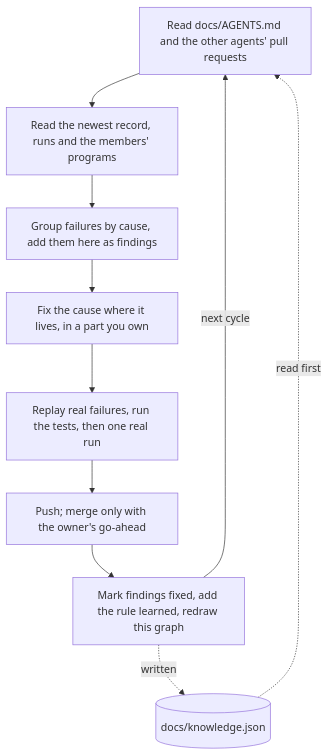
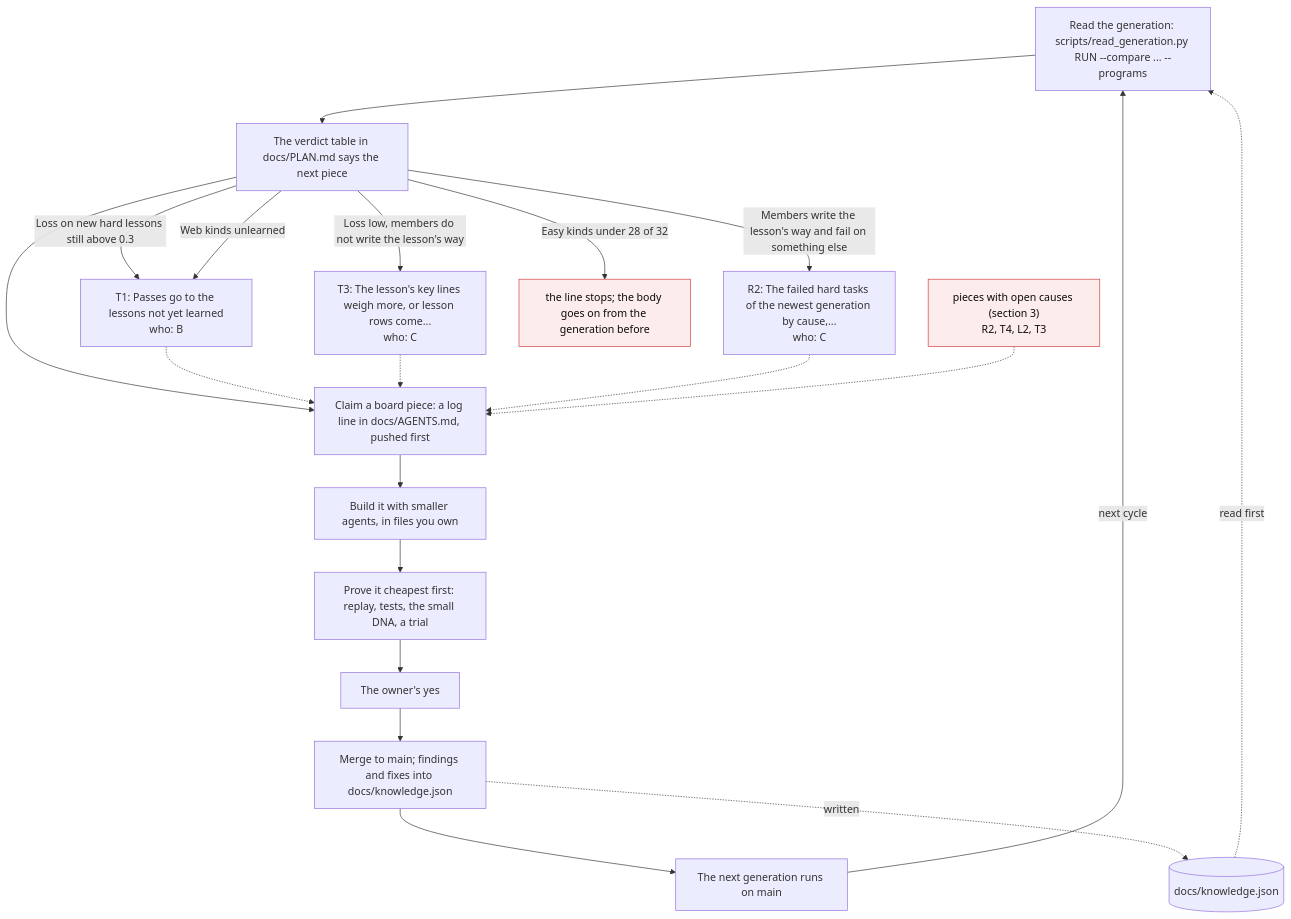
Before and after one commit to Arnav123-s/HiveMIND: the second of 4 diagrams in docs/KNOWLEDGE.md, drawn with Mermaid. The commit also changed other lines of this file and 13 other files, not shown here.

````diff
--- a/docs/KNOWLEDGE.md
+++ b/docs/KNOWLEDGE.md
@@ -46,20 +47,37 @@
 ```mermaid
 flowchart TD
-  agents["Read docs/AGENTS.md and the other agents' pull requests"]
-  results["Read the newest record, runs and the members' programs"]
-  causes["Group failures by cause, add them here as findings"]
-  fix["Fix the cause where it lives, in a part you own"]
-  prove["Replay real failures, run the tests, then one real run"]
-  ship["Push; merge only with the owner's go-ahead"]
-  learn["Mark findings fixed, add the rule learned, redraw this graph"]
-  agents --> results
-  results --> causes
-  causes --> fix
-  fix --> prove
-  prove --> ship
-  ship --> learn
-  learn -->|next cycle| agents
+  readgen["Read the generation: scripts/read_generation.py RUN --compare ... --programs"]
+  verdict["The verdict table in docs/PLAN.md says the next piece"]
+  claim["Claim a board piece: a log line in docs/AGENTS.md, pushed first"]
+  build["Build it with smaller agents, in files you own"]
+  prove["Prove it cheapest first: replay, tests, the small DNA, a trial"]
+  yes["The owner's yes"]
+  merge["Merge to main; findings and fixes into docs/knowledge.json"]
+  next["The next generation runs on main"]
+  readgen --> verdict
+  verdict --> claim
+  claim --> build
+  build --> prove
+  prove --> yes
+  yes --> merge
+  merge --> next
+  next -->|next cycle| readgen
+  verdict -->|"Loss on new hard lessons still above 0.3"| pc_T1
+  pc_T1["T1: Passes go to the lessons not yet learned<br/>who: B"]
+  pc_T1 -.-> claim
+  verdict -->|"Loss low, members do not write the lesson's way"| pc_T3
+  pc_T3["T3: The lesson's key lines weigh more, or lesson rows come...<br/>who: C"]
+  pc_T3 -.-> claim
+  verdict -->|"Members write the lesson's way and fail on something else"| pc_R2
+  pc_R2["R2: The failed hard tasks of the newest generation by cause,...<br/>who: C"]
+  pc_R2 -.-> claim
+  verdict -->|"Web kinds unlearned"| pc_T1
+  vstop4["the line stops; the body goes on from the generation before"]:::open
+  verdict -->|"Easy kinds under 28 of 32"| vstop4
+  waiting["pieces with open causes (section 3)<br/>R2, T4, L2, T3"]:::open
+  waiting -.-> claim
   kj[(docs/knowledge.json)]
-  kj -.->|read first| agents
-  learn -.->|written| kj
+  kj -.->|read first| readgen
+  merge -.->|written| kj
+  classDef open fill:#fdecec,stroke:#d03b3b,color:#0b0b0b
 ```
````
